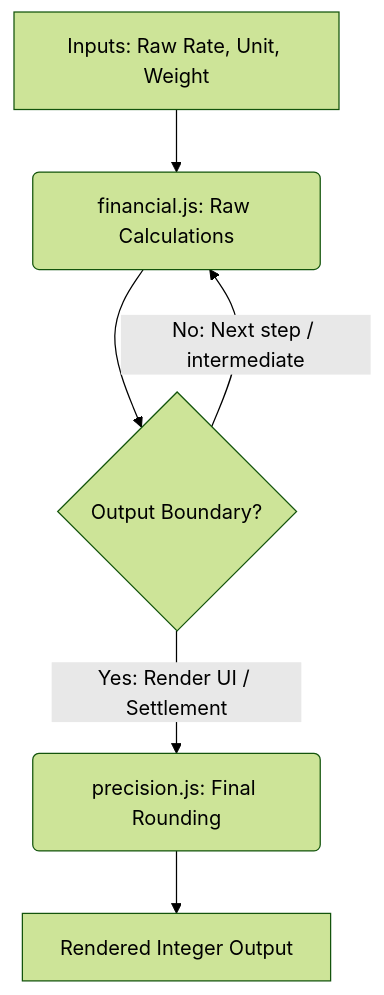
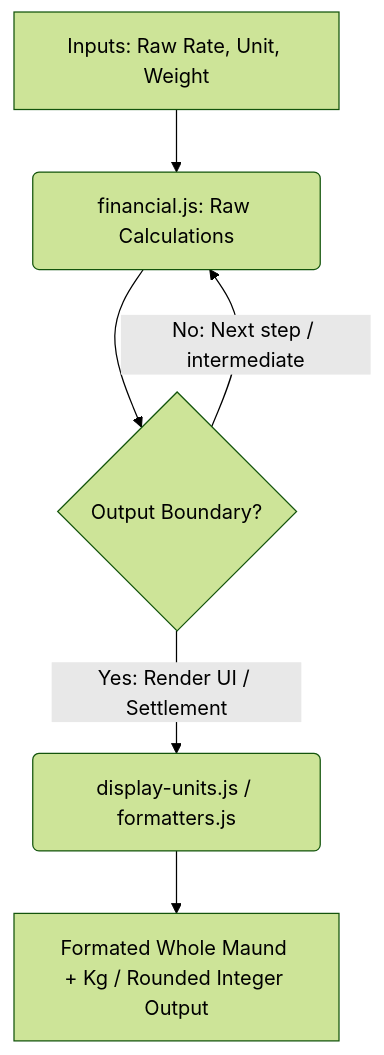
Before and after one commit to muhammadbinmakbool/Business-Mart: the diagram in docs/financial-precision-stabilization.md, drawn with Mermaid (forest theme). The commit also changed other lines of this file, not shown here.

Commit message:
docs(financial): document fractional Maund to Kg display helpers and rules

````diff
--- a/docs/financial-precision-stabilization.md
+++ b/docs/financial-precision-stabilization.md
@@ -71,8 +106,8 @@
 ```mermaid
 graph TD
     A[Inputs: Raw Rate, Unit, Weight] --> B(financial.js: Raw Calculations)
     B --> C{Output Boundary?}
     C -->|No: Next step / intermediate| B
-    C -->|Yes: Render UI / Settlement| D(precision.js: Final Rounding)
-    D --> E[Rendered Integer Output]
+    C -->|Yes: Render UI / Settlement| D(display-units.js / formatters.js)
+    D --> E[Formated Whole Maund + Kg / Rounded Integer Output]
 ```
````
